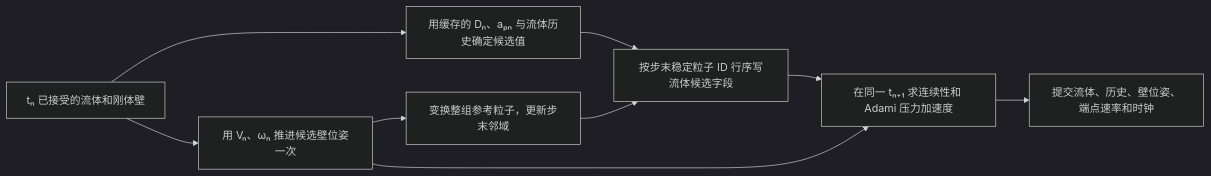
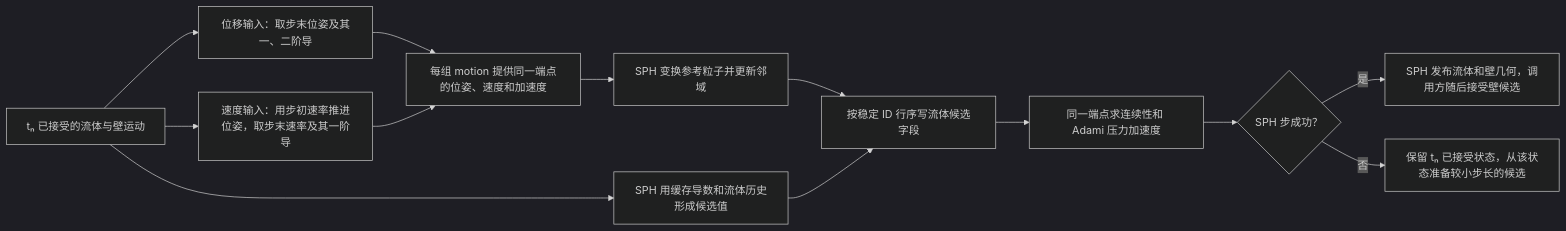
The diagram in validation/sph/velocity-driven-wall-serial.md (joe-cheung-cae/nexora), drawn with Mermaid (dark theme) before and after one commit. The commit also changed other lines of this file and 40 other files, not shown here.

Commit message:
Unify prescribed SPH wall motion with caller-side Lepton trajectories

````diff
--- a/validation/sph/velocity-driven-wall-serial.md
+++ b/validation/sph/velocity-driven-wall-serial.md
@@ -16,11 +22,15 @@
 ```mermaid
 flowchart LR
-    start["tₙ 已接受的流体和刚体壁"] --> fluid["用缓存的 Dₙ、aₚₙ 与流体历史确定候选值"]
-    start --> wall["用 Vₙ、ωₙ 推进候选壁位姿一次"]
-    wall --> grid["变换整组参考粒子，更新步末邻域"]
-    grid --> mapped["按步末稳定粒子 ID 行序写流体候选字段"]
+    start["tₙ 已接受的流体与壁运动"] --> fluid["SPH 用缓存导数和流体历史形成候选值"]
+    start --> pose["位移输入：取步末位姿及其一、二阶导"]
+    start --> wall["速度输入：用步初速率推进位姿，取步末速率及其一阶导"]
+    pose --> motion["每组 motion 提供同一端点的位姿、速度和加速度"]
+    wall --> motion
+    motion --> grid["SPH 变换参考粒子并更新邻域"]
+    grid --> mapped["按稳定 ID 行序写流体候选字段"]
     fluid --> mapped
-    mapped --> rhs["在同一 tₙ₊₁ 求连续性和 Adami 压力加速度"]
-    wall --> rhs
-    rhs --> publish["提交流体、历史、壁位姿、端点速率和时钟"]
+    mapped --> rhs["同一端点求连续性和 Adami 压力加速度"]
+    rhs --> ok{"SPH 步成功？"}
+    ok -->|是| publish["SPH 发布流体和壁几何，调用方随后接受壁候选"]
+    ok -->|否| retry["保留 tₙ 已接受状态，从该状态准备较小步长的候选"]
 ```
````
